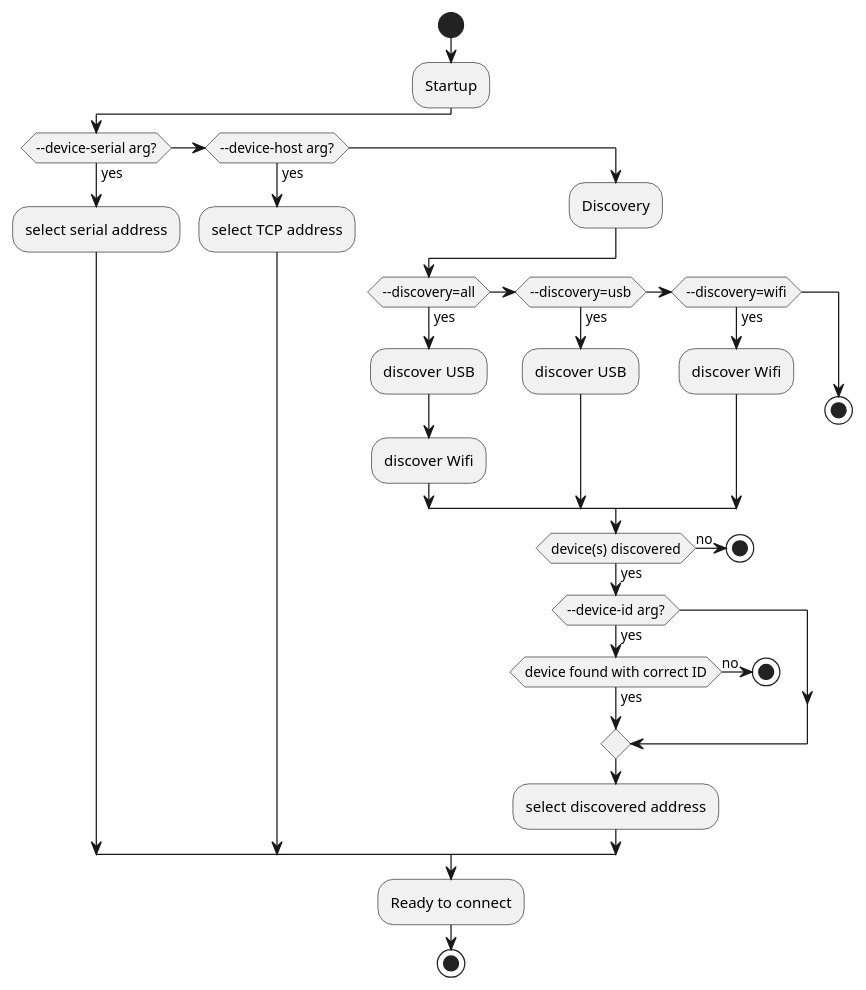
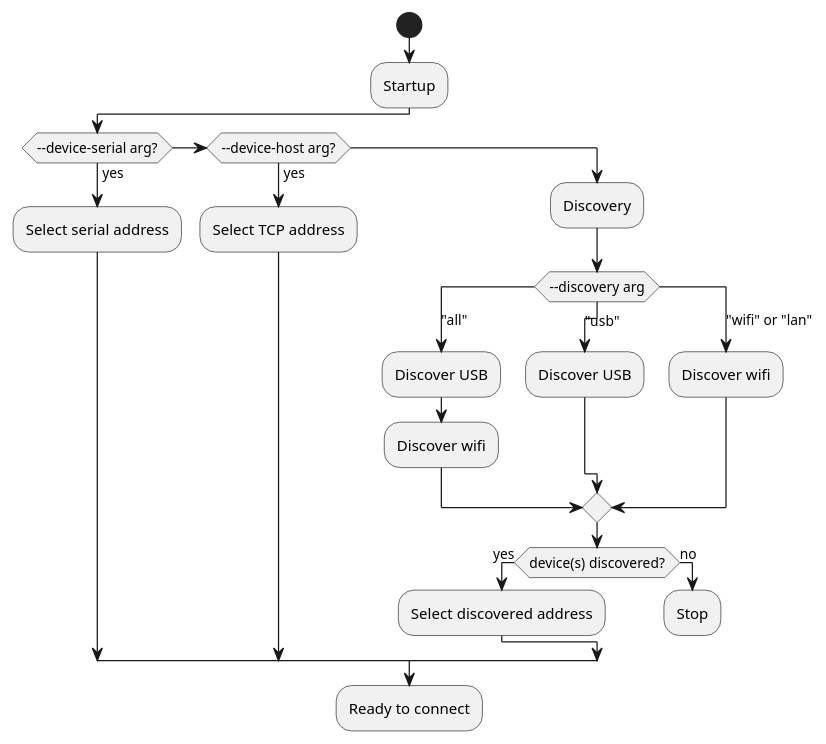
The diagram in docs/user/services/spark.md (BrewBlox/brewblox-documentation), drawn with PlantUML before and after one commit. The commit also changed other lines of this file and 1 other file, not shown here.

````diff
--- a/docs/user/services/spark.md
+++ b/docs/user/services/spark.md
@@ -211,43 +223,37 @@
 ```plantuml
 @startuml Connecting to a Spark
 start
 
 :Startup;
 
 if (--device-serial arg?) then (yes)
-    :select serial address;
+    :Select serial address;
 elseif (--device-host arg?) then (yes)
-    :select TCP address;
+    :Select TCP address;
 else
     :Discovery;
 
-    if (--discovery=all) then (yes)
-        :discover USB;
-        :discover Wifi;
-    elseif (--discovery=usb) then (yes)
-        :discover USB;
-    elseif (--discovery=wifi) then (yes)
-        :discover Wifi;
-    else
-        stop
+
+    switch(--discovery arg)
+    case ("all")
+        :Discover USB;
+        :Discover wifi;
+    case ("usb")
+        :Discover USB;
+    case ("wifi" or "lan")
+        :Discover wifi;
+    endswitch
+
+    if (device(s) discovered?) then (yes)
+        :Select discovered address;
+    else (no)
+        :Stop;
+        kill
     endif
-
-    if (device(s) discovered) then (yes)
-        if (--device-id arg?) then (yes)
-            if (device found with correct ID) then (yes)
-            else (no)
-                stop
-            endif
-        endif
-    else (no)
-        stop
-    endif
-
-    :select discovered address;
 endif
 
 :Ready to connect;
+kill
 
-stop
 @enduml
 ```
````
